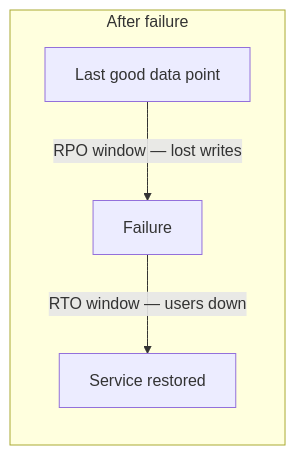
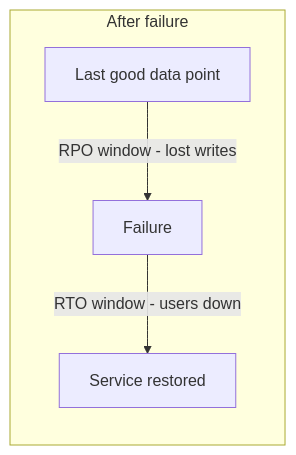
Before and after one commit to hareramcse/SystemDesign: diagram 15 of 21 in 12-reliability-engineering/README.md, drawn with Mermaid. The commit also changed other lines of this file, not shown here.

````diff
--- a/12-reliability-engineering/README.md
+++ b/12-reliability-engineering/README.md
@@ -934,7 +1031,7 @@
 ```mermaid
 flowchart LR
     subgraph timeline [After failure]
-        LastGood[Last good data point] -->|RPO window — lost writes| Failure[Failure]
-        Failure -->|RTO window — users down| Restored[Service restored]
+        LastGood[Last good data point] -->|RPO window - lost writes| Failure[Failure]
+        Failure -->|RTO window - users down| Restored[Service restored]
     end
 ```
````
